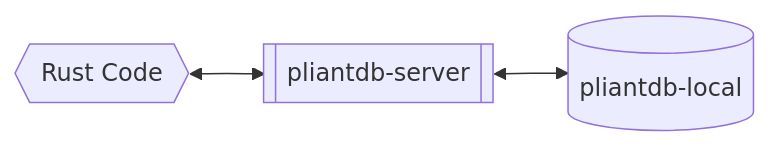
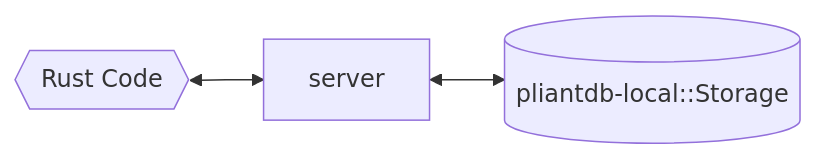
The second of 5 diagrams in book/src/about/access_models.md (khonsulabs/bonsaidb), drawn with Mermaid before and after one commit. The commit also changed other lines of this file and 28 other files, not shown here.

````diff
--- a/book/src/about/access_models.md
+++ b/book/src/about/access_models.md
@@ -20,8 +20,7 @@
 ```mermaid
 graph LR
   code{{Rust Code}}
-  server[[pliantdb-server]]
-  local[(pliantdb-local)]
+  local[(pliantdb-local::Storage)]
   code <--> server
   server <--> local
 ```
````
